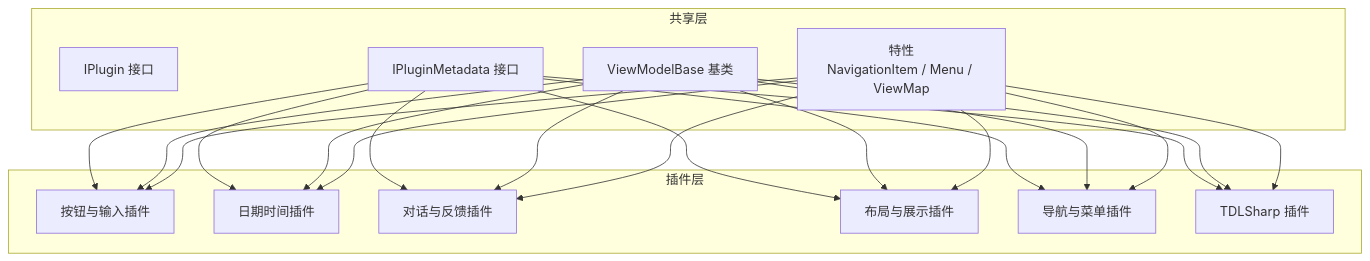
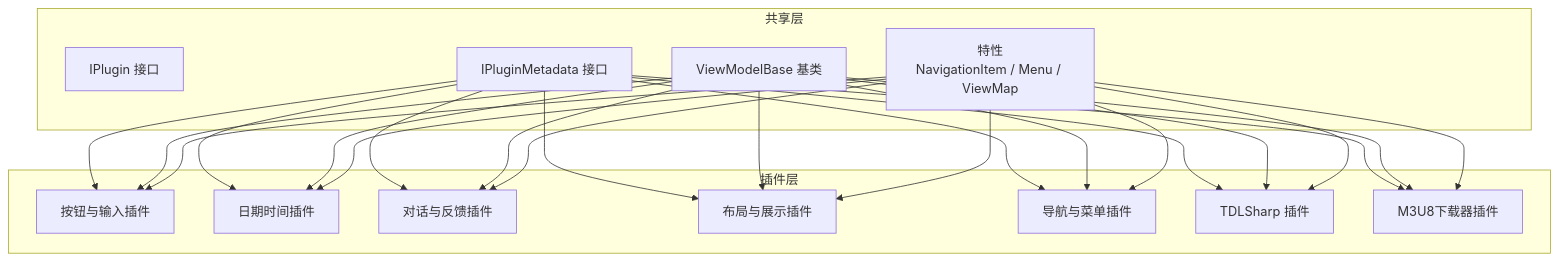
The first of 5 diagrams in .qoder/repowiki/zh/content/插件开发教程/完整插件开发示例/完整插件开发示例.md (lytree/AvaloniaTemplate), drawn with Mermaid before and after one commit. The commit also changed other lines of this file and 3 other files, not shown here.

````diff
--- a/.qoder/repowiki/zh/content/插件开发教程/完整插件开发示例/完整插件开发示例.md
+++ b/.qoder/repowiki/zh/content/插件开发教程/完整插件开发示例/完整插件开发示例.md
@@ -46,35 +65,39 @@
 ```mermaid
 graph TB
 subgraph "共享层"
 IPlugin["IPlugin 接口"]
 IPluginMetadata["IPluginMetadata 接口"]
 ViewModelBase["ViewModelBase 基类"]
 Attrs["特性<br/>NavigationItem / Menu / ViewMap"]
 end
 subgraph "插件层"
 Btn["按钮与输入插件"]
 DT["日期时间插件"]
 Dlg["对话与反馈插件"]
 Lay["布局与展示插件"]
 Nav["导航与菜单插件"]
 TDL["TDLSharp 插件"]
+M3U8["M3U8下载器插件"]
 end
 IPluginMetadata --> Btn
 IPluginMetadata --> DT
 IPluginMetadata --> Dlg
 IPluginMetadata --> Lay
 IPluginMetadata --> Nav
 IPluginMetadata --> TDL
+IPluginMetadata --> M3U8
 ViewModelBase --> Btn
 ViewModelBase --> DT
 ViewModelBase --> Dlg
 ViewModelBase --> Lay
 ViewModelBase --> Nav
 ViewModelBase --> TDL
+ViewModelBase --> M3U8
 Attrs --> Btn
 Attrs --> DT
 Attrs --> Dlg
 Attrs --> Lay
 Attrs --> Nav
 Attrs --> TDL
+Attrs --> M3U8
 ```
````
